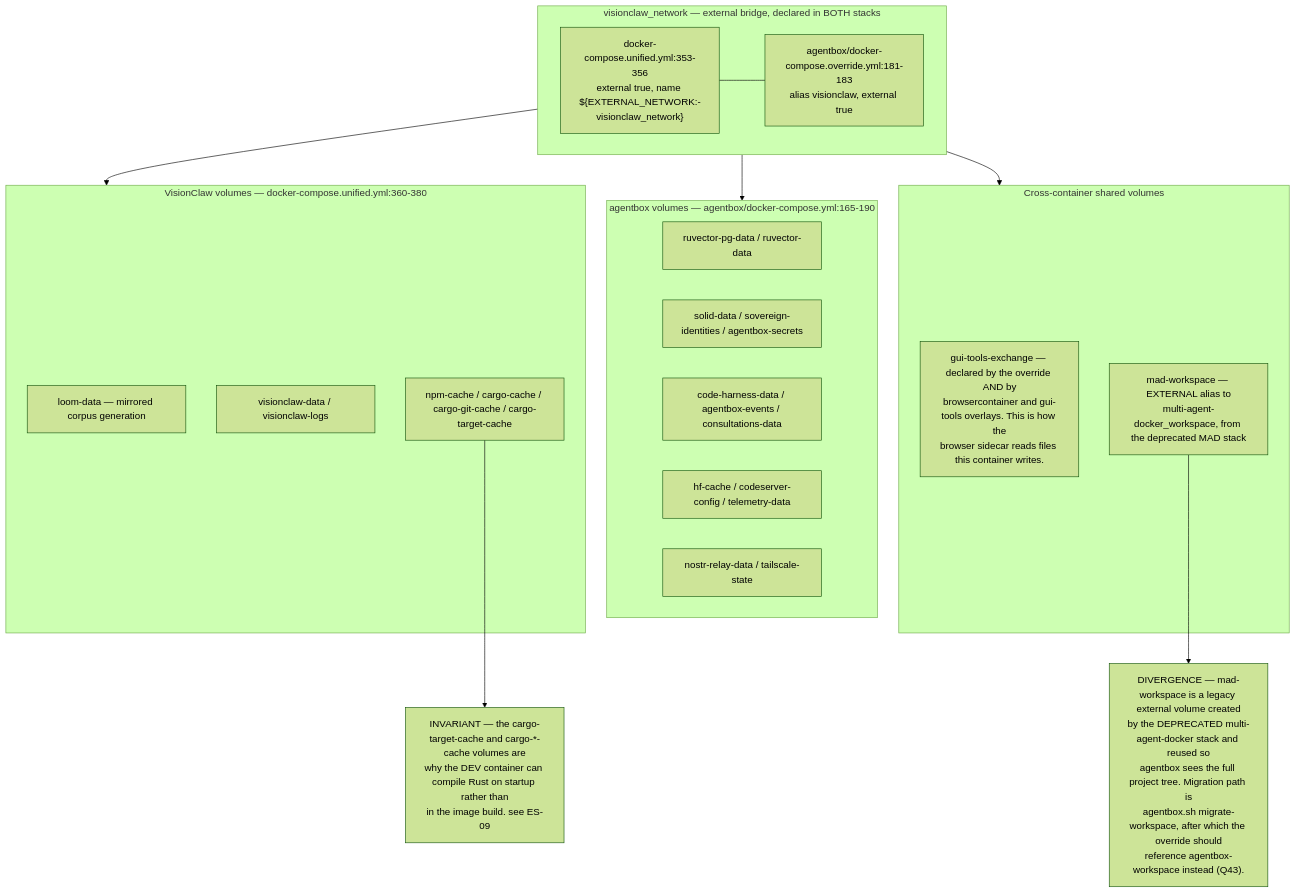
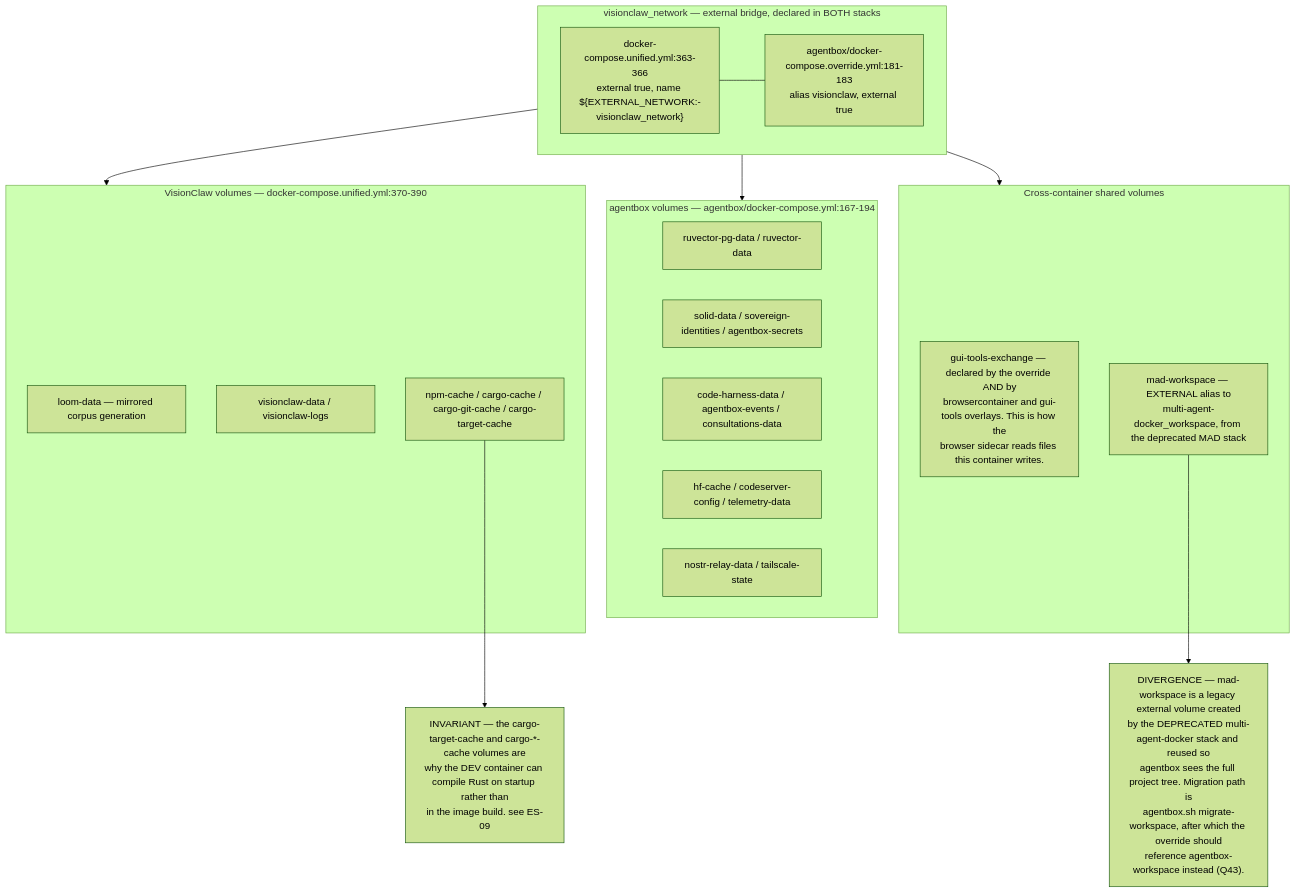
The fourth of 6 diagrams in docs/diagrams/estate/01-estate-topology.md (DreamLab-AI/AR-AI-Knowledge-Graph), drawn with Mermaid (forest theme) before and after one commit. The commit also changed other lines of this file and 73 other files, not shown here.

First line of the commit message:
docs(diagrams): re-verify all 71 topic files against HEAD; add --cite-check

````diff
--- a/docs/diagrams/estate/01-estate-topology.md
+++ b/docs/diagrams/estate/01-estate-topology.md
@@ -148,34 +148,34 @@
 ```mermaid
 flowchart TB
     subgraph net["visionclaw_network — external bridge, declared in BOTH stacks"]
-        N1["docker-compose.unified.yml:353-356<br/>external true, name ${EXTERNAL_NETWORK:-visionclaw_network}"]
+        N1["docker-compose.unified.yml:363-366<br/>external true, name ${EXTERNAL_NETWORK:-visionclaw_network}"]
         N2["agentbox/docker-compose.override.yml:181-183<br/>alias visionclaw, external true"]
     end
-    subgraph vcvol["VisionClaw volumes — docker-compose.unified.yml:360-380"]
+    subgraph vcvol["VisionClaw volumes — docker-compose.unified.yml:370-390"]
         V1["loom-data — mirrored corpus generation"]
         V2["visionclaw-data / visionclaw-logs"]
         V3["npm-cache / cargo-cache / cargo-git-cache / cargo-target-cache"]
     end
-    subgraph abvol["agentbox volumes — agentbox/docker-compose.yml:165-190"]
+    subgraph abvol["agentbox volumes — agentbox/docker-compose.yml:167-194"]
         W1["ruvector-pg-data / ruvector-data"]
         W2["solid-data / sovereign-identities / agentbox-secrets"]
         W3["code-harness-data / agentbox-events / consultations-data"]
         W4["hf-cache / codeserver-config / telemetry-data"]
         W5["nostr-relay-data / tailscale-state"]
     end
     subgraph shared["Cross-container shared volumes"]
         S1["gui-tools-exchange — declared by the override AND by<br/>browsercontainer and gui-tools overlays. This is how the<br/>browser sidecar reads files this container writes."]
         S2["mad-workspace — EXTERNAL alias to<br/>multi-agent-docker_workspace, from the deprecated MAD stack"]
     end
 
     N1 --- N2
     net --> vcvol
     net --> abvol
     net --> shared
 
     D1["DIVERGENCE — mad-workspace is a legacy external volume created<br/>by the DEPRECATED multi-agent-docker stack and reused so<br/>agentbox sees the full project tree. Migration path is<br/>agentbox.sh migrate-workspace, after which the override should<br/>reference agentbox-workspace instead (Q43)."]
     INV["INVARIANT — the cargo-target-cache and cargo-*-cache volumes are<br/>why the DEV container can compile Rust on startup rather than<br/>in the image build. see ES-09"]
 
     S2 --> D1
     V3 --> INV
 ```
````
